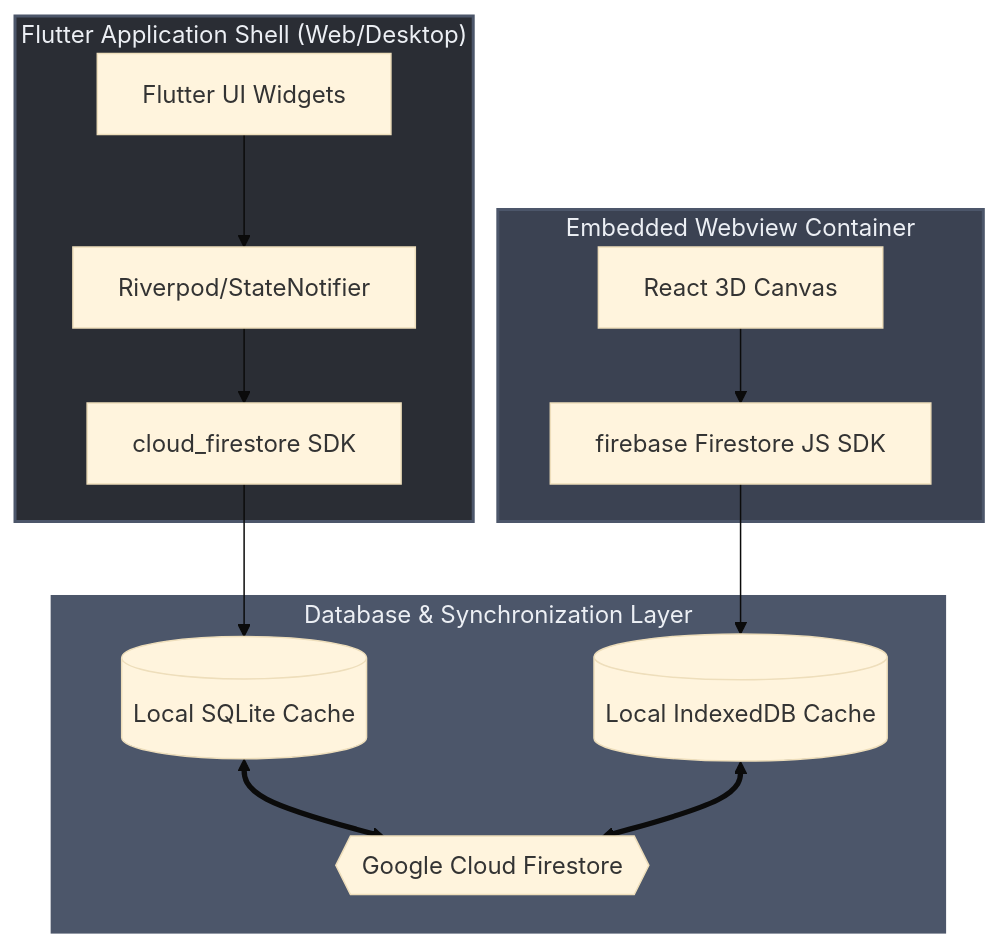
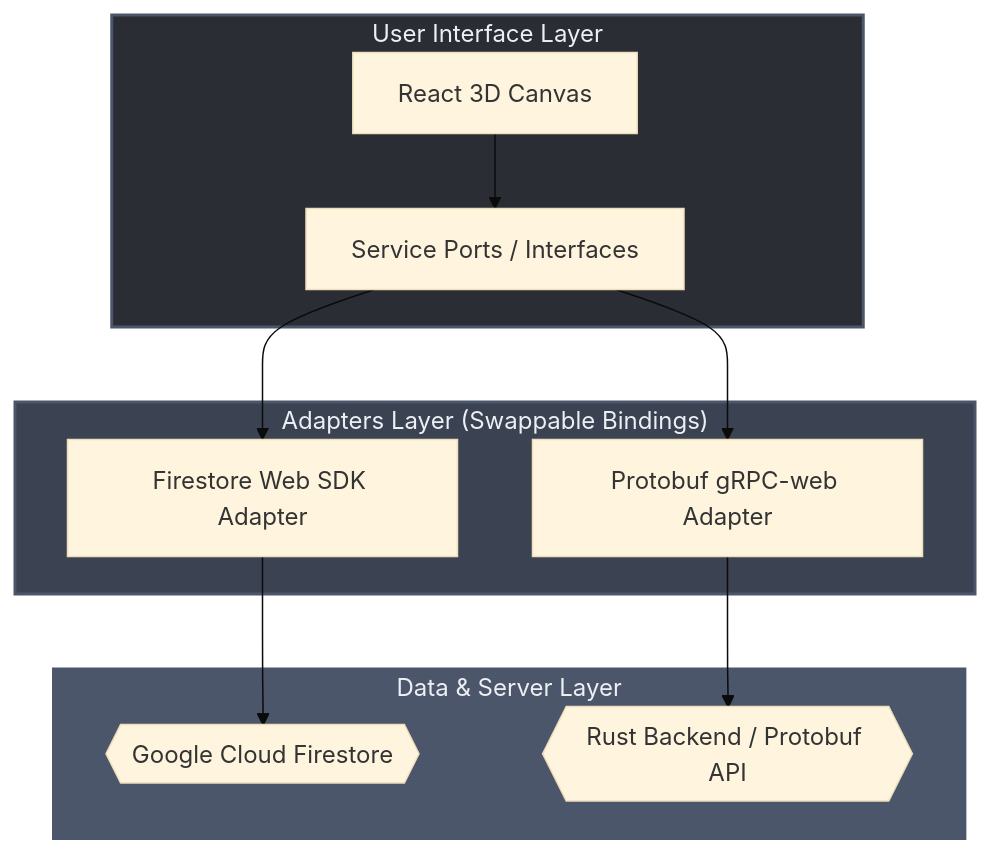
One commit to gintatkinson/digipipe-tst20 changed the first of 2 diagrams in docs/decisions/react_firestore_deployment_blueprint.md. Above: the diagram before and after it, drawn with Mermaid (base theme). The commit also changed other lines of this file and 1 other file, not shown here.

Commit message:
docs: add swappable Protobuf API adapter bindings to React profile and blueprint

````diff
--- a/docs/decisions/react_firestore_deployment_blueprint.md
+++ b/docs/decisions/react_firestore_deployment_blueprint.md
@@ -11,23 +11,20 @@
 ```mermaid
 graph TD
-    subgraph Host ["Flutter Application Shell (Web/Desktop)"]
-        FlutterUI[Flutter UI Widgets] --> FlutterState[Riverpod/StateNotifier]
-        FlutterState --> FlutterSDK[cloud_firestore SDK]
+    subgraph UI ["User Interface Layer"]
+        ReactUI[React 3D Canvas] --> Ports[Service Ports / Interfaces]
     end
 
-    subgraph Embedded ["Embedded Webview Container"]
-        ReactUI[React 3D Canvas] --> ReactSDK[firebase Firestore JS SDK]
+    subgraph Adapters ["Adapters Layer (Swappable Bindings)"]
+        Ports --> FirestoreAdapter[Firestore Web SDK Adapter]
+        Ports --> ProtoAdapter[Protobuf gRPC-web Adapter]
     end
 
-    subgraph Data ["Database & Synchronization Layer"]
-        FlutterSDK --> SQLiteCache[(Local SQLite Cache)]
-        ReactSDK --> IndexedDBCache[(Local IndexedDB Cache)]
-        
-        SQLiteCache <==> CloudFirestore{{Google Cloud Firestore}}
-        IndexedDBCache <==> CloudFirestore
+    subgraph Data ["Data & Server Layer"]
+        FirestoreAdapter --> CloudFirestore{{Google Cloud Firestore}}
+        ProtoAdapter --> ProtoBackend{{Rust Backend / Protobuf API}}
     end
     
-    style Host fill:#2A2D34,stroke:#4C566A,stroke-width:2px,color:#ECEFF4
-    style Embedded fill:#3B4252,stroke:#4C566A,stroke-width:2px,color:#ECEFF4
+    style UI fill:#2A2D34,stroke:#4C566A,stroke-width:2px,color:#ECEFF4
+    style Adapters fill:#3B4252,stroke:#4C566A,stroke-width:2px,color:#ECEFF4
     style Data fill:#4C566A,stroke:#4C566A,stroke-width:2px,color:#ECEFF4
 ```
````
